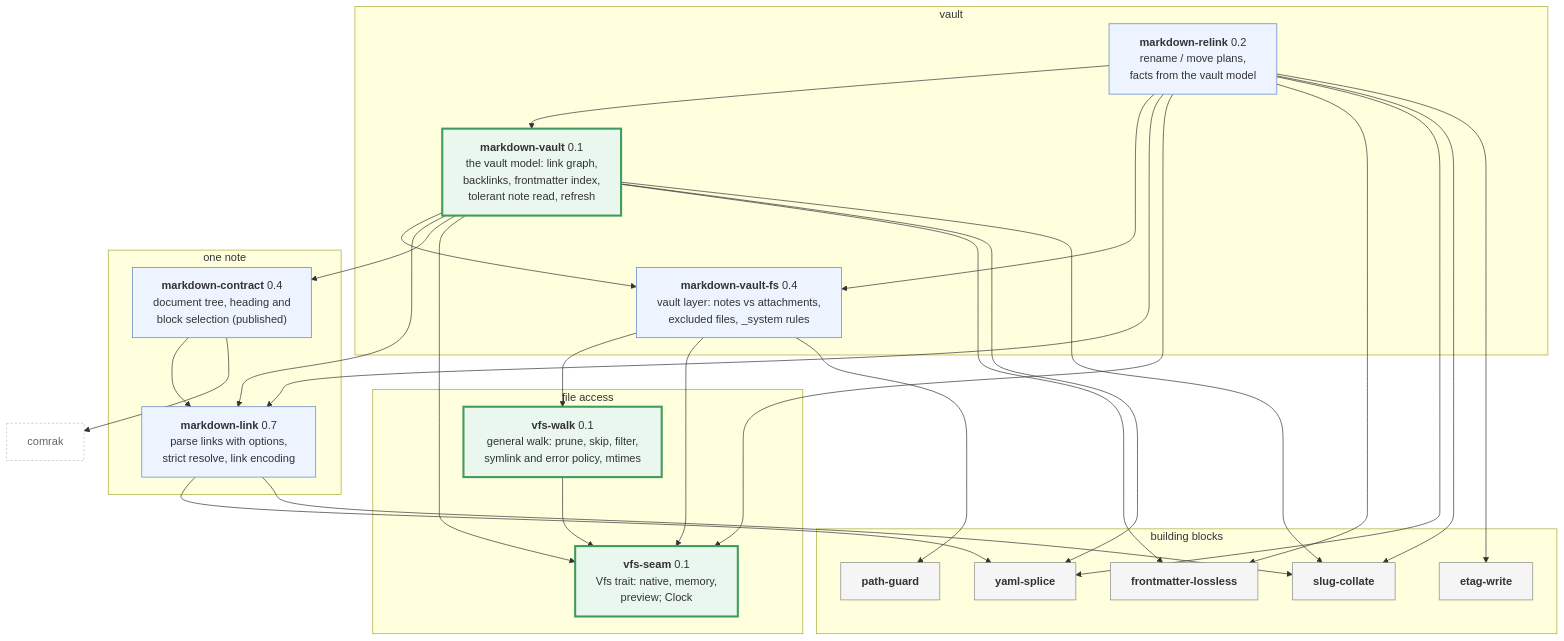
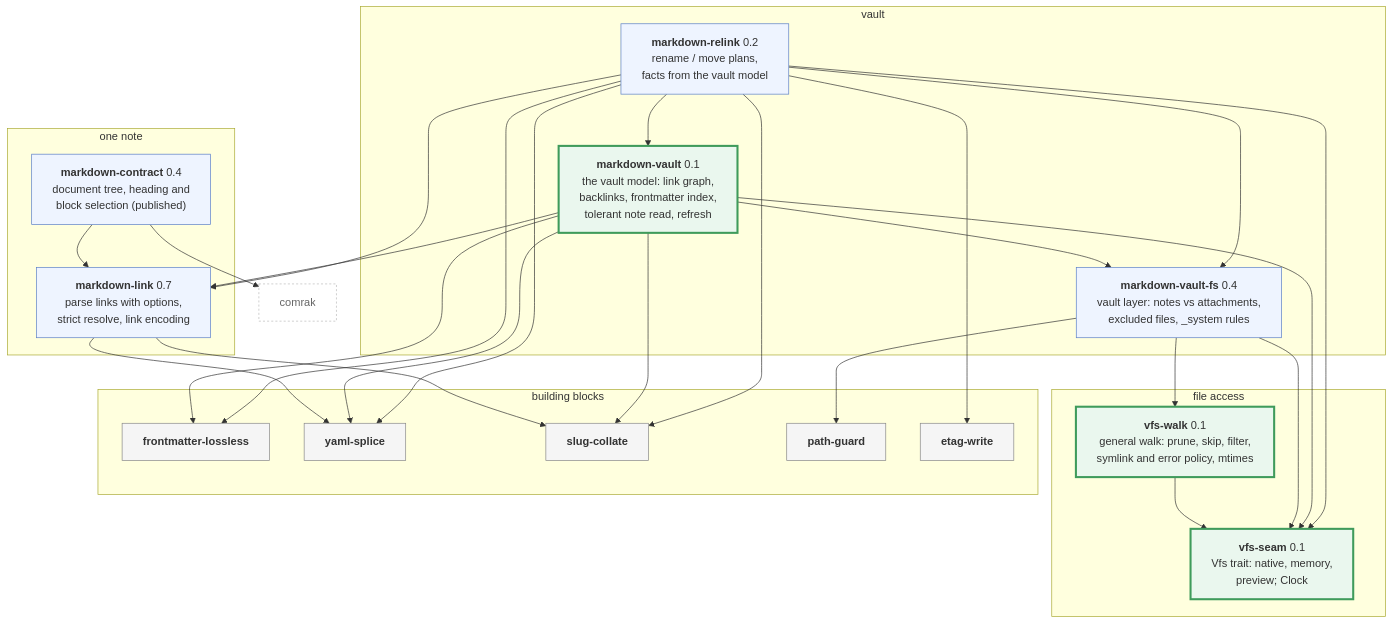
The second of 2 diagrams in docs/architecture/markdown-ecosystem.md (osdlc/osdlc), drawn with Mermaid before and after one commit. The commit also changed 14 other files, not shown here.

````diff
--- a/docs/architecture/markdown-ecosystem.md
+++ b/docs/architecture/markdown-ecosystem.md
@@ -72,58 +72,57 @@
 ```mermaid
 %%{init: {"flowchart": {"htmlLabels": false, "wrappingWidth": 400}}}%%
 flowchart TB
   classDef md fill:#eef4ff,stroke:#5b7fc7
   classDef base fill:#f5f5f5,stroke:#888
   classDef new fill:#eaf7ee,stroke:#3f9b5b,stroke-width:3px
   classDef ext fill:#ffffff,stroke:#bbb,stroke-dasharray:3 3,color:#666
 
   subgraph VAULT[vault]
     MR["<b>markdown-relink</b> 0.2<br/>rename / move plans,<br/>facts from the vault model"]:::md
     MV["<b>markdown-vault</b> 0.1<br/>the vault model: link graph,<br/>backlinks, frontmatter index,<br/>tolerant note read, refresh"]:::new
     MVF["<b>markdown-vault-fs</b> 0.4<br/>vault layer: notes vs attachments,<br/>excluded files, _system rules"]:::md
   end
 
   subgraph DOC[one note]
     MC["<b>markdown-contract</b> 0.4<br/>document tree, heading and<br/>block selection (published)"]:::md
     ML["<b>markdown-link</b> 0.7<br/>parse links with options,<br/>strict resolve, link encoding"]:::md
   end
 
   subgraph IO[file access]
     VW["<b>vfs-walk</b> 0.1<br/>general walk: prune, skip, filter,<br/>symlink and error policy, mtimes"]:::new
     VFS["<b>vfs-seam</b> 0.1<br/>Vfs trait: native, memory,<br/>preview; Clock"]:::new
   end
 
   subgraph BASE[building blocks]
     FL["<b>frontmatter-lossless</b>"]:::base
     YS["<b>yaml-splice</b>"]:::base
     SC["<b>slug-collate</b>"]:::base
     PG["<b>path-guard</b>"]:::base
     EW["<b>etag-write</b>"]:::base
   end
 
   CM["comrak"]:::ext
 
   MR --> MV
   MR --> MVF
   MR --> ML
   MR --> VFS
   MR --> FL
   MR --> YS
   MR --> SC
   MR --> EW
   MV --> MVF
   MV --> ML
-  MV --> MC
   MV --> VFS
   MV --> FL
   MV --> YS
   MV --> SC
   MVF --> VW
   MVF --> VFS
   MVF --> PG
   VW --> VFS
   MC --> ML
   MC --> CM
   ML --> YS
   ML --> SC
 ```
````
